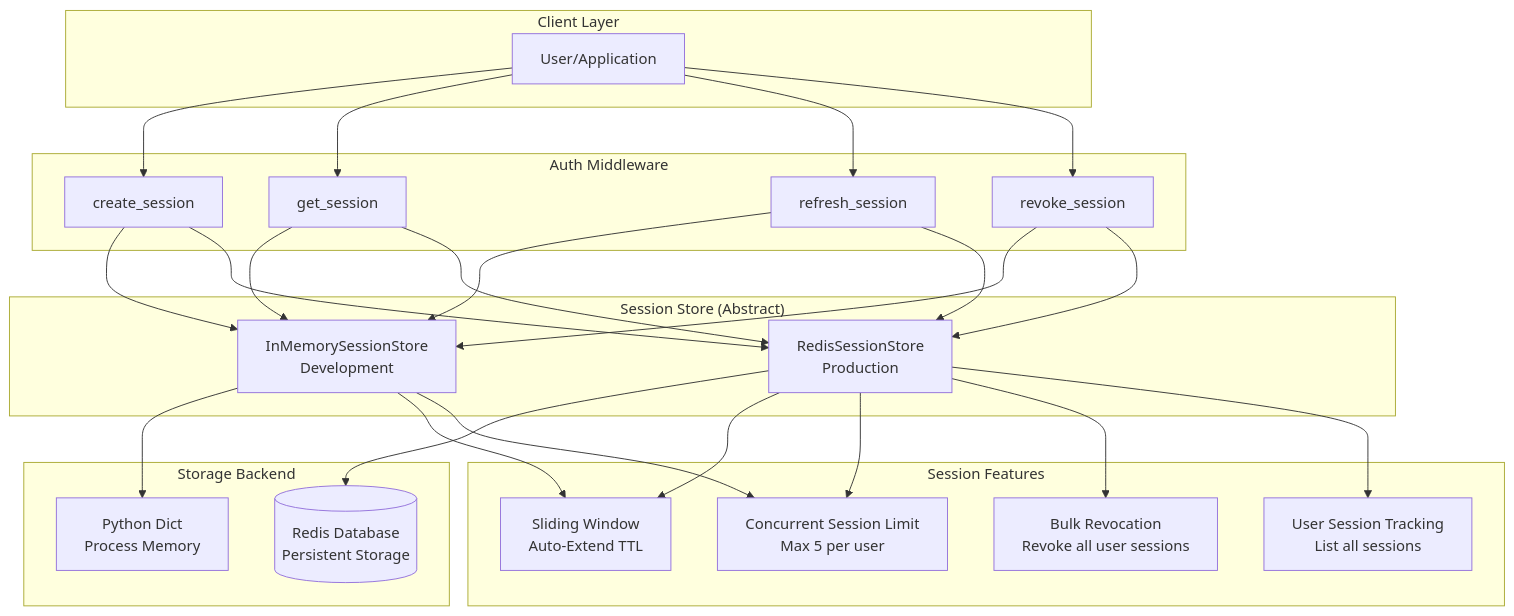
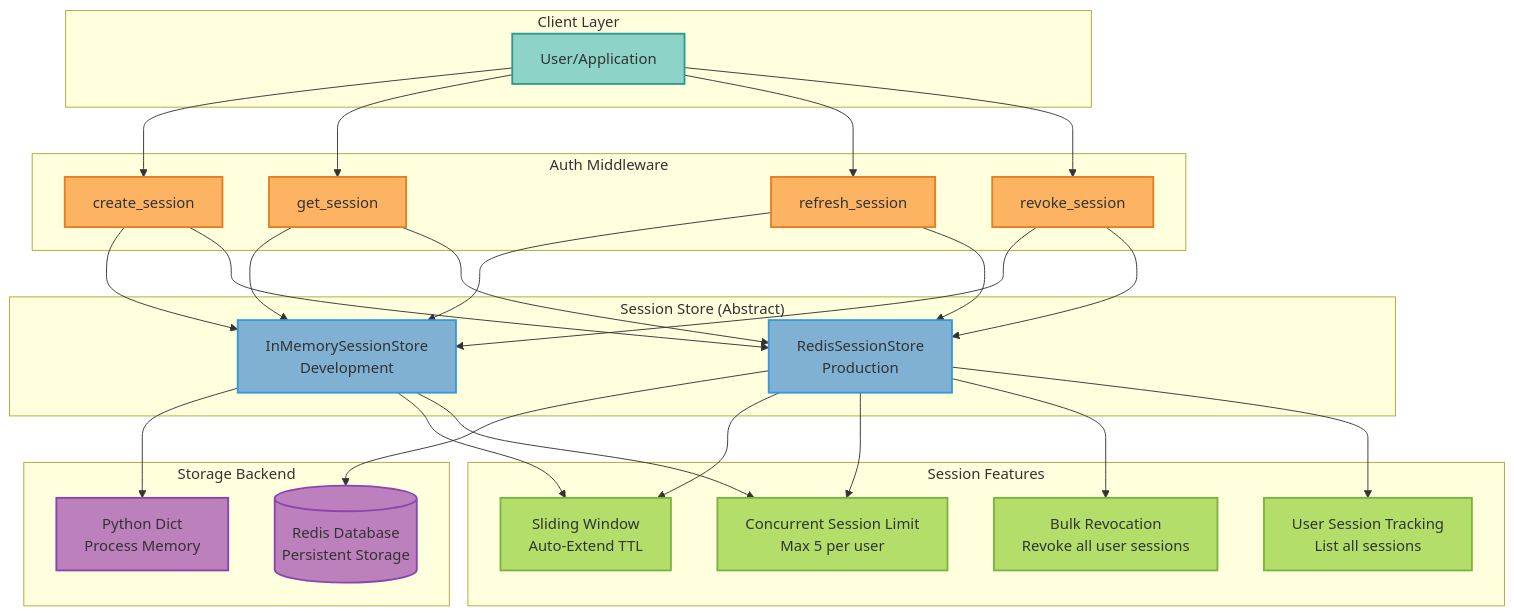
One commit to vishnu2kmohan/mcp-server-langgraph changed the eighth of 10 diagrams in docs/diagrams/system-architecture.mdx. Above: the diagram before and after it, drawn with Mermaid. The commit also changed other lines of this file, not shown here.

First line of the commit message:
docs: add ColorBrewer2 Set3 palette styling to 8 system architecture diagrams

````diff
--- a/docs/diagrams/system-architecture.mdx
+++ b/docs/diagrams/system-architecture.mdx
@@ -426,55 +491,67 @@
 ```mermaid
 flowchart TD
     subgraph Client_Layer["Client Layer"]
         User[User/Application]
     end
 
     subgraph Auth_Middleware["Auth Middleware"]
         CreateSession[create_session]
         GetSession[get_session]
         RefreshSession[refresh_session]
         RevokeSession[revoke_session]
     end
 
     subgraph Session_Store["Session Store (Abstract)"]
         InMemory[InMemorySessionStore<br/>Development]
         Redis[RedisSessionStore<br/>Production]
     end
 
     subgraph Storage_Backend["Storage Backend"]
         MemDict[Python Dict<br/>Process Memory]
         RedisDB[(Redis Database<br/>Persistent Storage)]
     end
 
     subgraph Features["Session Features"]
         Sliding[Sliding Window<br/>Auto-Extend TTL]
         ConcurrentLimit[Concurrent Session Limit<br/>Max 5 per user]
         BulkRevoke[Bulk Revocation<br/>Revoke all user sessions]
         Tracking[User Session Tracking<br/>List all sessions]
     end
 
     User --> CreateSession
     User --> GetSession
     User --> RefreshSession
     User --> RevokeSession
 
     CreateSession --> InMemory
     CreateSession --> Redis
     GetSession --> InMemory
     GetSession --> Redis
     RefreshSession --> InMemory
     RefreshSession --> Redis
     RevokeSession --> InMemory
     RevokeSession --> Redis
 
     InMemory --> MemDict
     Redis --> RedisDB
 
     InMemory --> Sliding
     InMemory --> ConcurrentLimit
     Redis --> Sliding
     Redis --> ConcurrentLimit
     Redis --> BulkRevoke
     Redis --> Tracking
 
+    %% ColorBrewer2 Set3 palette - each component type uniquely colored
+    classDef clientStyle fill:#8dd3c7,stroke:#2a9d8f,stroke-width:2px,color:#333
+    classDef middlewareStyle fill:#fdb462,stroke:#e67e22,stroke-width:2px,color:#333
+    classDef storeStyle fill:#80b1d3,stroke:#3498db,stroke-width:2px,color:#333
+    classDef backendStyle fill:#bc80bd,stroke:#8e44ad,stroke-width:2px,color:#333
+    classDef featureStyle fill:#b3de69,stroke:#7cb342,stroke-width:2px,color:#333
+
+    class User clientStyle
+    class CreateSession,GetSession,RefreshSession,RevokeSession middlewareStyle
+    class InMemory,Redis storeStyle
+    class MemDict,RedisDB backendStyle
+    class Sliding,ConcurrentLimit,BulkRevoke,Tracking featureStyle
 ```
````
